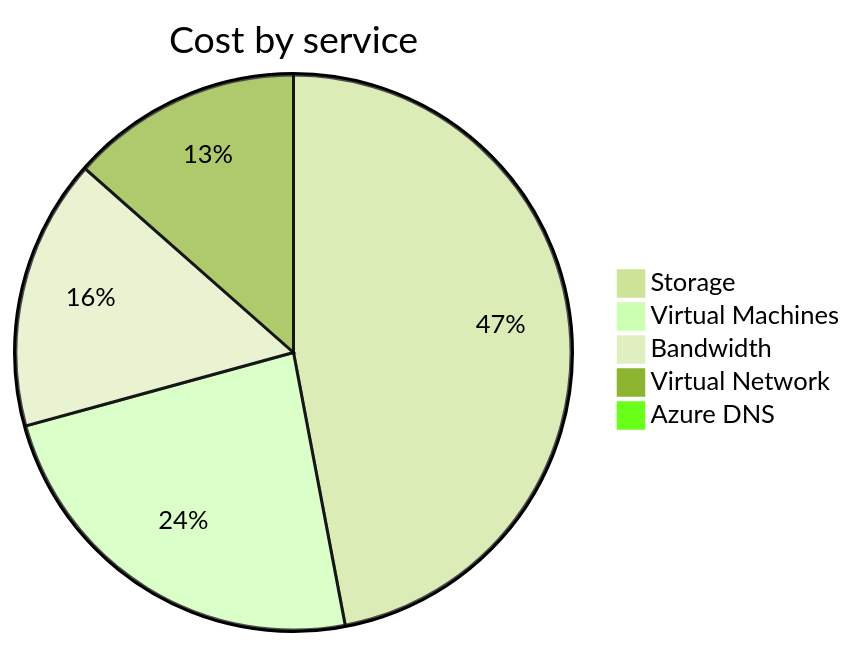
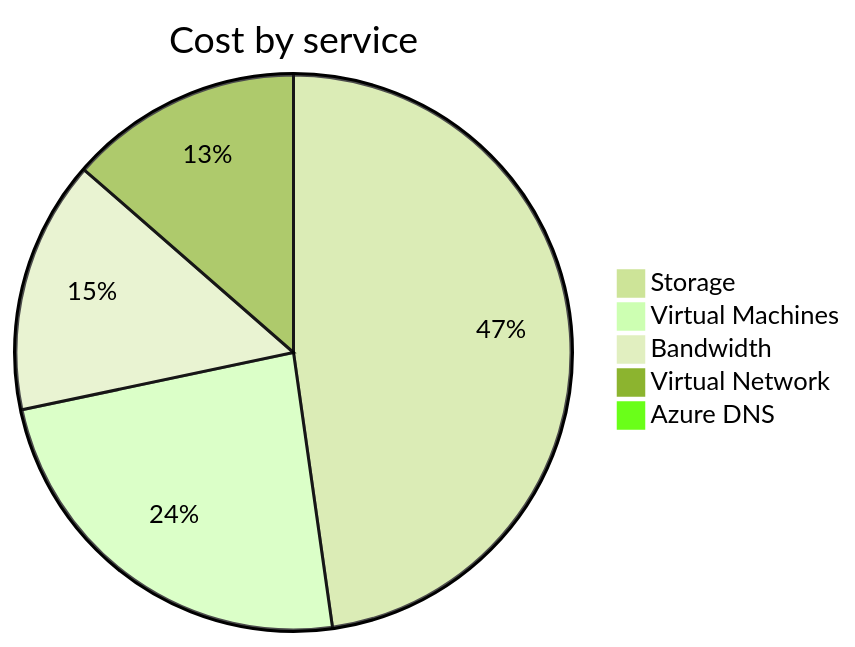
Before and after one commit to jpfulton/azure-personal-reports: the second of 4 diagrams in cost-reports/personal-network/README.md, drawn with Mermaid (forest theme). The commit also changed other lines of this file and 8 other files, not shown here.

````diff
--- a/cost-reports/personal-network/README.md
+++ b/cost-reports/personal-network/README.md
@@ -99,9 +99,9 @@
 ```mermaid
 pie
    title Cost by service
-   "Storage" : 3.31
-   "Virtual Machines" : 1.67
-   "Bandwidth" : 1.11
-   "Virtual Network" : 0.95
-   "Azure DNS" : 0.06
+   "Storage" : 4.15
+   "Virtual Machines" : 2.08
+   "Bandwidth" : 1.28
+   "Virtual Network" : 1.18
+   "Azure DNS" : 0.08
 ```
````
